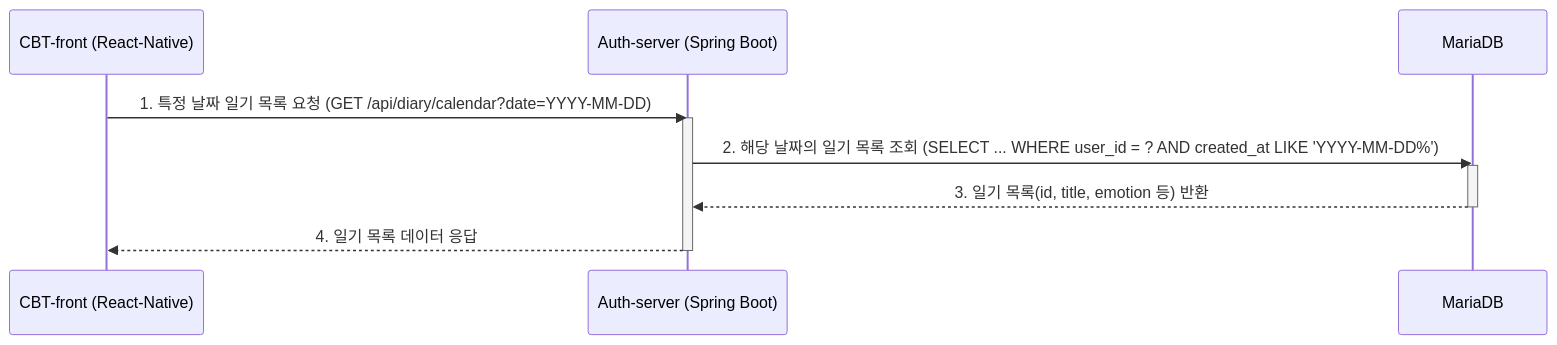
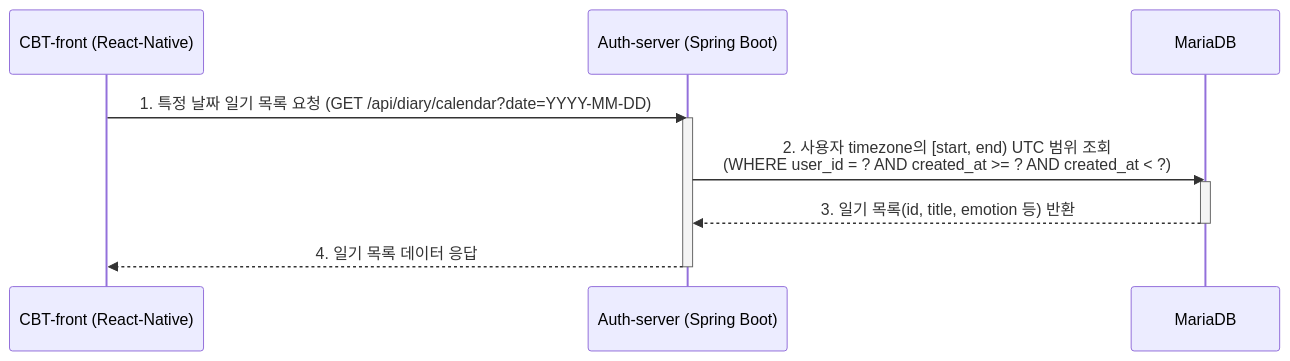
Before and after one commit to choisimo/document: the fourth of 9 diagrams in content/docs/projects/cbt-system.md, drawn with Mermaid. The commit also changed other lines of this file and 504 other files, not shown here.

````diff
--- a/content/docs/projects/cbt-system.md
+++ b/content/docs/projects/cbt-system.md
@@ -132,17 +147,17 @@
 ```mermaid
 sequenceDiagram
     participant Client as CBT-front (React-Native)
     participant AuthServer as Auth-server (Spring Boot)
     participant Database as MariaDB
 
     Client->>AuthServer: 1. 특정 날짜 일기 목록 요청 (GET /api/diary/calendar?date=YYYY-MM-DD)
     activate AuthServer
 
-    AuthServer->>Database: 2. 해당 날짜의 일기 목록 조회 (SELECT ... WHERE user_id = ? AND created_at LIKE 'YYYY-MM-DD%')
+    AuthServer->>Database: 2. 사용자 timezone의 [start, end) UTC 범위 조회 <br> (WHERE user_id = ? AND created_at >= ? AND created_at < ?)
     activate Database
     Database-->>AuthServer: 3. 일기 목록(id, title, emotion 등) 반환
     deactivate Database
 
     AuthServer-->>Client: 4. 일기 목록 데이터 응답
     deactivate AuthServer
 ```
````
